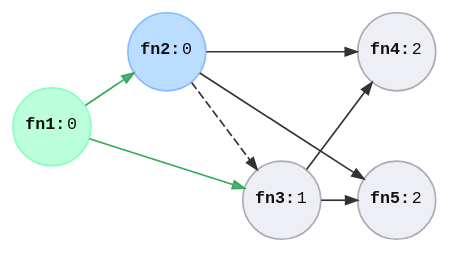
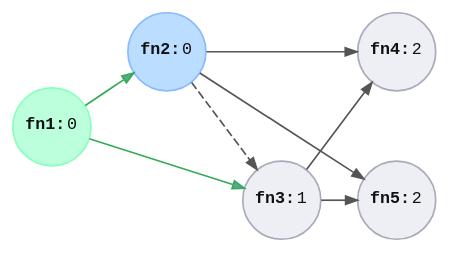
One commit to azriel91/peace changed the second of 4 diagrams in doc/src/technical_concepts/function_graph/streaming.md. Above: the diagram before and after it, drawn with Graphviz. The commit also changed other lines of this file and 6 other files, not shown here.

````diff
--- a/doc/src/technical_concepts/function_graph/streaming.md
+++ b/doc/src/technical_concepts/function_graph/streaming.md
@@ -63,45 +63,45 @@
     ```dot process
     digraph {
         graph [
             penwidth  = 0
             nodesep   = 0.25
             ranksep   = 0.3
             bgcolor   = "transparent"
-            fontcolor = "#333333"
+            fontcolor = "#555555"
             splines   = line
             rankdir   = LR
         ]
         node [
             fontcolor = "#111111"
             fontname  = "monospace"
             fontsize  = 10
             shape     = "circle"
             style     = "filled"
             width     = 0.4
             height    = 0.4
             margin    = 0.04
             color     = "#aaaabb"
             fillcolor = "#eeeef5"
         ]
         edge [
             arrowsize = 0.7
-            color     = "#333333"
-            fontcolor = "#333333"
+            color     = "#555555"
+            fontcolor = "#555555"
         ]
 
         fn1 [label = <<b>fn1:</b>0>, color = "#88ffbb", fillcolor = "#bbffdd"]
         fn3 [label = <<b>fn3:</b>1>]
         fn2 [label = <<b>fn2:</b>0>, color = "#88bbff", fillcolor = "#bbddff"]
         fn5 [label = <<b>fn5:</b>2>]
         fn4 [label = <<b>fn4:</b>2>]
 
         fn1 -> fn2 [weight = 2, color = "#33aa55", fillcolor = "#55aa88"]
         fn1 -> fn3 [weight = 2, minlen = 2, color = "#33aa55", fillcolor = "#55aa88"]
         fn2 -> fn4 [weight = 5, minlen = 2]
         fn3 -> fn4
         fn2 -> fn5
         fn3 -> fn5 [weight = 2]
 
-        fn2 -> fn3 [style = "dashed", color = "#333333"]
+        fn2 -> fn3 [style = "dashed", color = "#555555"]
     }
     ```
````
